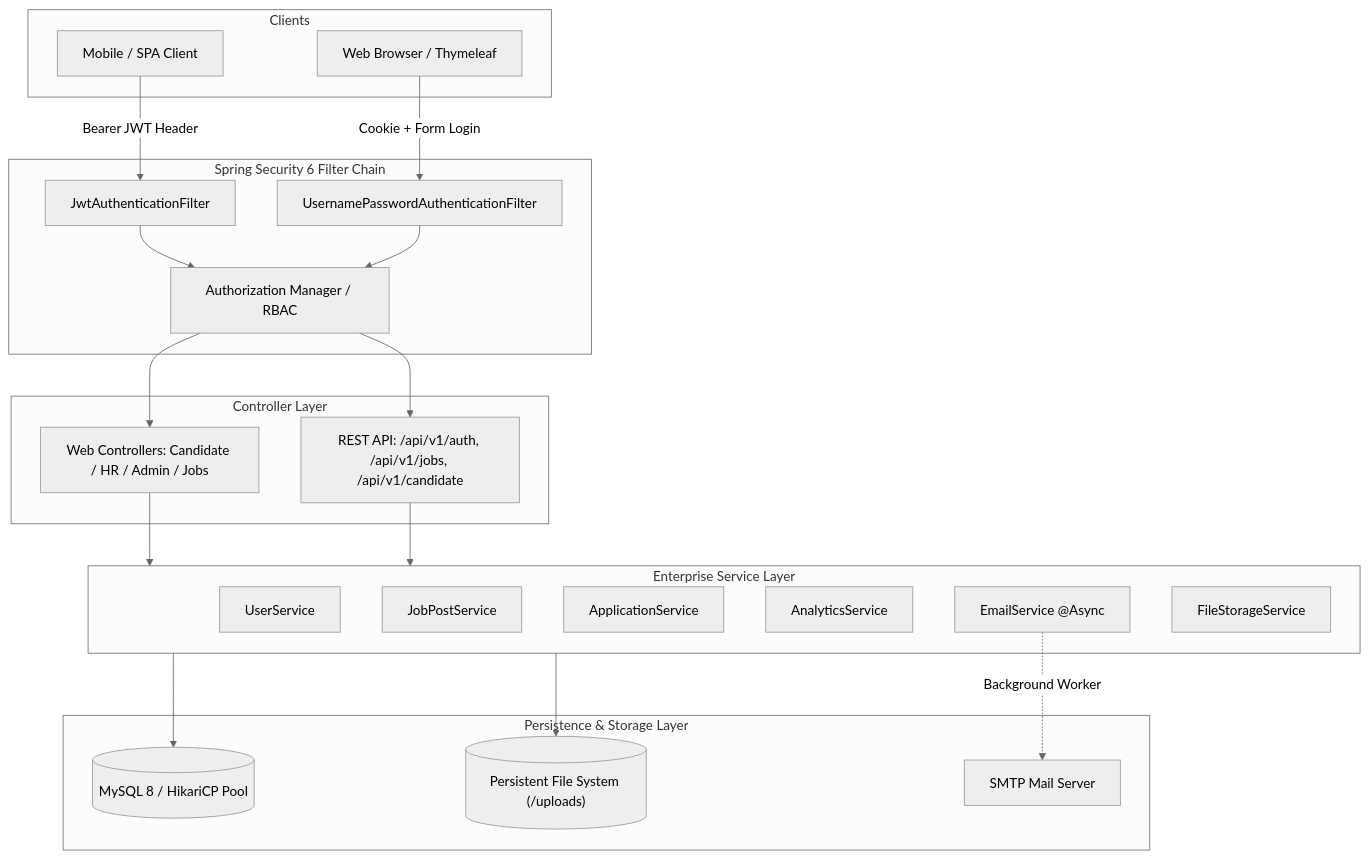
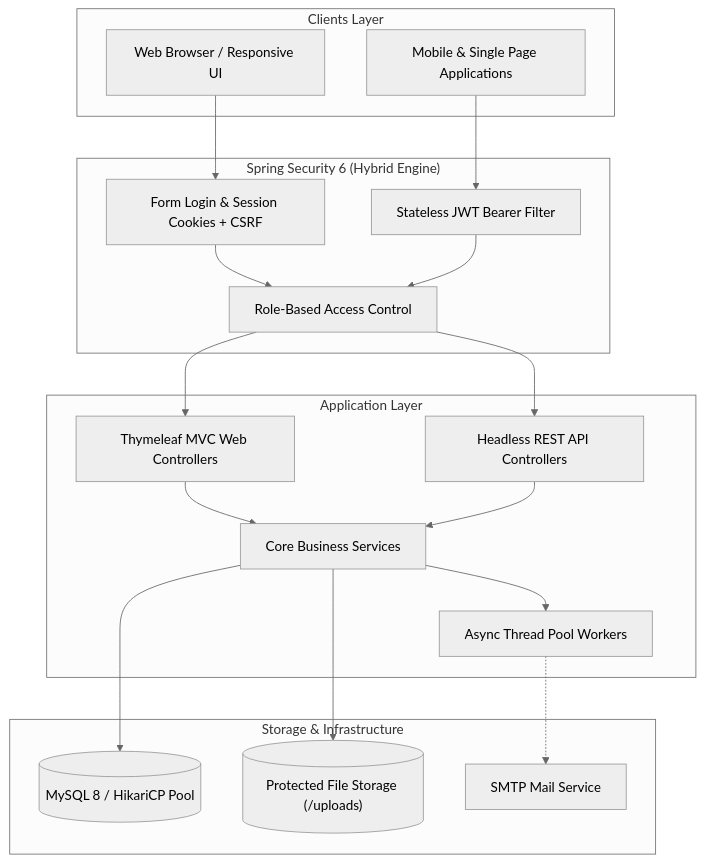
Before and after one commit to yuktipatle2005/careerlink: the diagram in README.md, drawn with Mermaid (neutral theme). The commit also changed other lines of this file, not shown here.

Commit message:
feat: complete CareerLink enterprise talent acquisition platform

````diff
--- a/README.md
+++ b/README.md
@@ -40,48 +40,36 @@
 ```mermaid
 flowchart TD
-    subgraph Clients["Clients"]
-        Web[Web Browser / Thymeleaf]
-        Mobile[Mobile / SPA Client]
+    subgraph Clients["Clients Layer"]
+        Web[Web Browser / Responsive UI]
+        Mobile[Mobile & Single Page Applications]
     end
 
-    subgraph Security["Spring Security 6 Filter Chain"]
-        AuthFilter[JwtAuthenticationFilter]
-        FormFilter[UsernamePasswordAuthenticationFilter]
-        AccessCtrl[Authorization Manager / RBAC]
+    subgraph Security["Spring Security 6 (Hybrid Engine)"]
+        FormAuth[Form Login & Session Cookies + CSRF]
+        JWTAuth[Stateless JWT Bearer Filter]
+        RBAC[Role-Based Access Control]
     end
 
-    subgraph Controllers["Controller Layer"]
-        UI_Ctrl[Web Controllers: Candidate / HR / Admin / Jobs]
-        API_Ctrl[REST API: /api/v1/auth, /api/v1/jobs, /api/v1/candidate]
+    subgraph AppLayer["Application Layer"]
+        WebCtrl[Thymeleaf MVC Web Controllers]
+        RestCtrl[Headless REST API Controllers]
+        Services[Core Business Services]
+        AsyncWorkers[Async Thread Pool Workers]
     end
 
-    subgraph Services["Enterprise Service Layer"]
-        UserService[UserService]
-        JobService[JobPostService]
-        AppService[ApplicationService]
-        AnalyticsService[AnalyticsService]
-        AsyncEmail[EmailService @Async]
-        StorageService[FileStorageService]
+    subgraph Persistence["Storage & Infrastructure"]
+        DB[(MySQL 8 / HikariCP Pool)]
+        FileStore[("Protected File Storage (/uploads)")]
+        SMTP[SMTP Mail Service]
     end
 
-    subgraph Data["Persistence & Storage Layer"]
-        DB[(MySQL 8 / HikariCP Pool)]
-        FileSystem[("Persistent File System (/uploads)")]
-        MailServer[SMTP Mail Server]
-    end
+    Web --> FormAuth --> RBAC
+    Mobile --> JWTAuth --> RBAC
 
-    Web -->|Cookie + Form Login| FormFilter
-    Mobile -->|Bearer JWT Header| AuthFilter
-    AuthFilter --> AccessCtrl
-    FormFilter --> AccessCtrl
-
-    AccessCtrl --> UI_Ctrl
-    AccessCtrl --> API_Ctrl
-
-    UI_Ctrl --> Services
-    API_Ctrl --> Services
+    RBAC --> WebCtrl --> Services
+    RBAC --> RestCtrl --> Services
 
     Services --> DB
-    Services --> FileSystem
-    AsyncEmail -.->|Background Worker| MailServer
+    Services --> FileStore
+    Services --> AsyncWorkers -.-> SMTP
 ```
````
